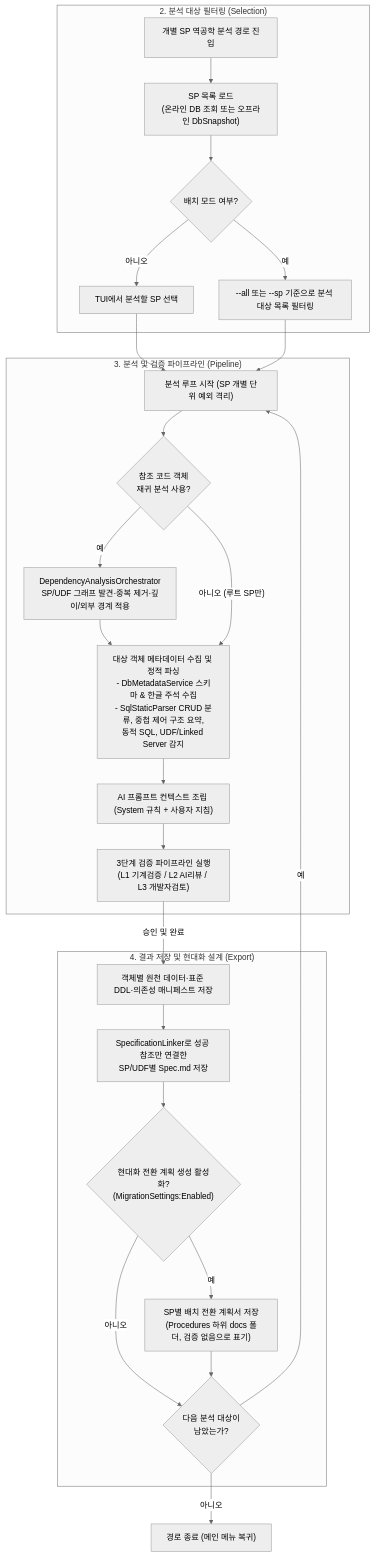
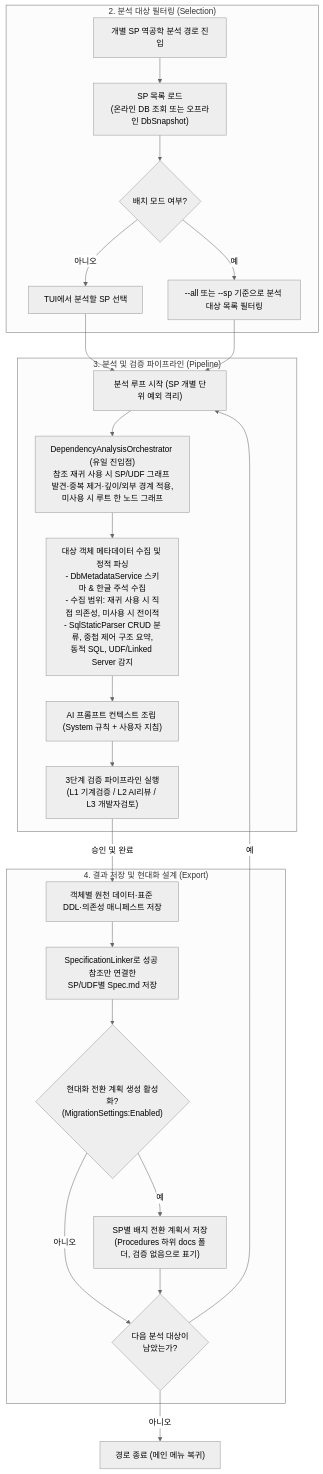
The third of 9 diagrams in docs/architecture.md (moondae815/ReSet), drawn with Mermaid (neutral theme) before and after one commit. The commit also changed other lines of this file and 8 other files, not shown here.

````diff
--- a/docs/architecture.md
+++ b/docs/architecture.md
@@ -239,37 +239,35 @@
 ```mermaid
 graph TD
     %% 2단계: 대상 필터링
     subgraph Selection ["2. 분석 대상 필터링 (Selection)"]
         Enter["개별 SP 역공학 분석 경로 진입"] --> LoadSps["SP 목록 로드<br/>(온라인 DB 조회 또는 오프라인 DbSnapshot)"]
         LoadSps --> TargetCheck{"배치 모드 여부?"}
 
         TargetCheck -- "아니오" --> SelectTUI["TUI에서 분석할 SP 선택"]
         TargetCheck -- "예" --> SelectBatch["--all 또는 --sp 기준으로 분석 대상 목록 필터링"]
     end
 
     %% 3단계: 메인 분석 및 검증 파이프라인
     subgraph Pipeline ["3. 분석 및 검증 파이프라인 (Pipeline)"]
         SelectTUI & SelectBatch --> LoopStart["분석 루프 시작 (SP 개별 단위 예외 격리)"]
 
-        LoopStart --> RecursiveCheck{"참조 코드 객체<br/>재귀 분석 사용?"}
-        RecursiveCheck -- "예" --> Discover["DependencyAnalysisOrchestrator<br/>SP/UDF 그래프 발견·중복 제거·깊이/외부 경계 적용"]
-        Discover --> QueryMeta["대상 객체 메타데이터 수집 및 정적 파싱<br/>- DbMetadataService 스키마 & 한글 주석 수집<br/>- SqlStaticParser CRUD 분류, 중첩 제어 구조 요약,<br/>동적 SQL, UDF/Linked Server 감지"]
-        RecursiveCheck -- "아니오 (루트 SP만)" --> QueryMeta
+        LoopStart --> Discover["DependencyAnalysisOrchestrator (유일 진입점)<br/>참조 재귀 사용 시 SP/UDF 그래프 발견·중복 제거·깊이/외부 경계 적용,<br/>미사용 시 루트 한 노드 그래프"]
+        Discover --> QueryMeta["대상 객체 메타데이터 수집 및 정적 파싱<br/>- DbMetadataService 스키마 & 한글 주석 수집<br/>- 수집 범위: 재귀 사용 시 직접 의존성, 미사용 시 전이적<br/>- SqlStaticParser CRUD 분류, 중첩 제어 구조 요약,<br/>동적 SQL, UDF/Linked Server 감지"]
         QueryMeta --> GeneratePrompt["AI 프롬프트 컨텍스트 조립 (System 규칙 + 사용자 지침)"]
 
         GeneratePrompt --> VerificationPipeline["3단계 검증 파이프라인 실행<br/>(L1 기계검증 / L2 AI리뷰 / L3 개발자검토)"]
     end
 
     %% 4단계: 산출물 내보내기 및 현대화 전환 설계
     subgraph Save ["4. 결과 저장 및 현대화 설계 (Export)"]
         VerificationPipeline -- "승인 및 완료" --> ExportRaw["객체별 원천 데이터·표준 DDL·의존성 매니페스트 저장"]
         ExportRaw --> SaveSpec["SpecificationLinker로 성공 참조만 연결한<br/>SP/UDF별 Spec.md 저장"]
         SaveSpec --> GenMigrationCheck{"현대화 전환 계획 생성 활성화?<br/>(MigrationSettings:Enabled)"}
         GenMigrationCheck -- "예" --> GenMigration["SP별 배치 전환 계획서 저장<br/>(Procedures 하위 docs 폴더, 검증 없음으로 표기)"]
         GenMigrationCheck -- "아니오" --> CheckNext
         GenMigration --> CheckNext
     end
 
     CheckNext{"다음 분석 대상이<br/>남았는가?"} -- "예" --> LoopStart
     CheckNext -- "아니오" --> PathEnd["경로 종료 (메인 메뉴 복귀)"]
 ```
````
